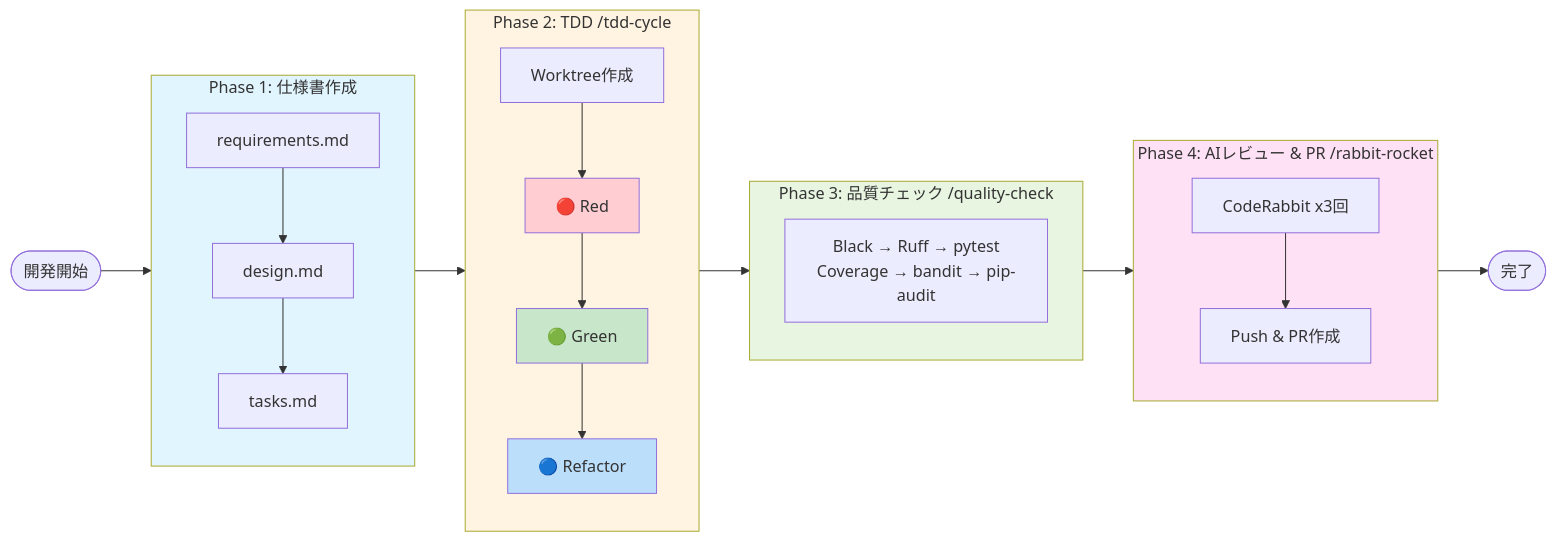
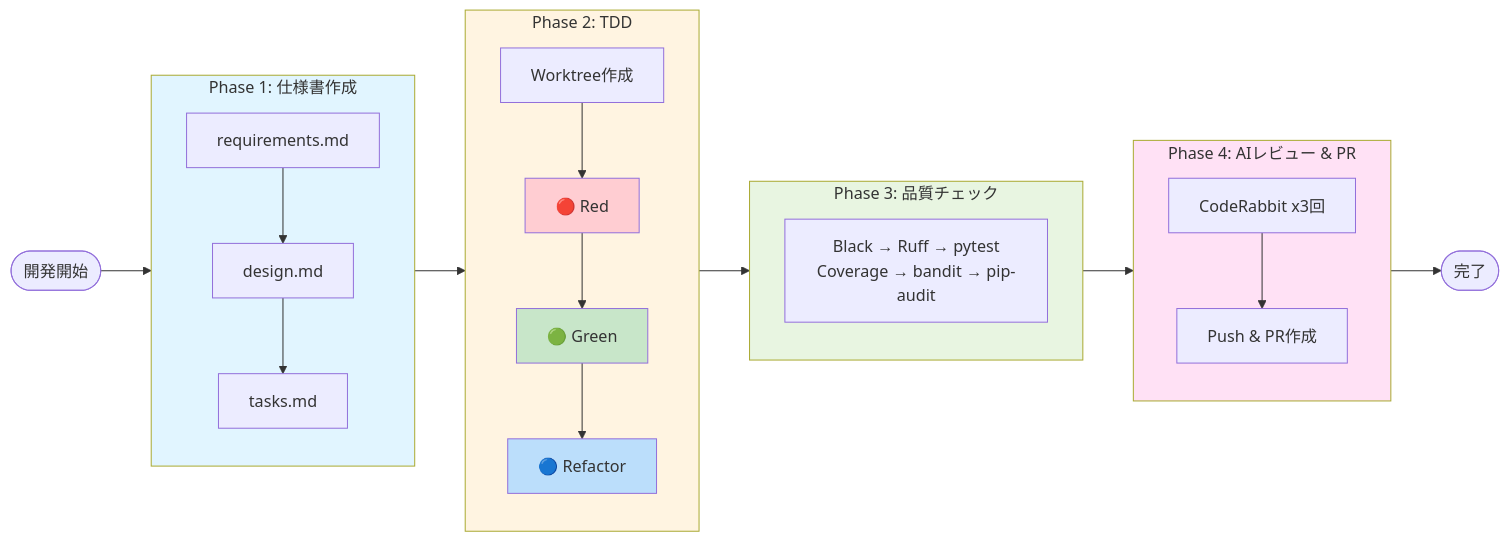
Before and after one commit to penpon/fairy: the first of 4 diagrams in workflow.md, drawn with Mermaid.

````diff
--- a/workflow.md
+++ b/workflow.md
@@ -5,40 +5,40 @@
 ```mermaid
 flowchart LR
     Start([開発開始]) --> P1
 
     subgraph P1[Phase 1: 仕様書作成]
         direction TB
         Req[requirements.md] --> Design[design.md] --> Tasks[tasks.md]
     end
 
     P1 --> P2
 
-    subgraph P2[Phase 2: TDD /tdd-cycle]
+    subgraph P2[Phase 2: TDD]
         direction TB
         Worktree[Worktree作成] --> Red[🔴 Red] --> Green[🟢 Green] --> Refactor[🔵 Refactor]
     end
 
     P2 --> P3
 
-    subgraph P3[Phase 3: 品質チェック /quality-check]
+    subgraph P3[Phase 3: 品質チェック]
         direction TB
         QC[Black → Ruff → pytest<br/>Coverage → bandit → pip-audit]
     end
 
     P3 --> P4
 
-    subgraph P4[Phase 4: AIレビュー & PR /rabbit-rocket]
+    subgraph P4[Phase 4: AIレビュー & PR]
         direction TB
         CR[CodeRabbit x3回] --> Push[Push & PR作成]
     end
 
     P4 --> End([完了])
 
     style P1 fill:#e1f5ff
     style P2 fill:#fff4e1
     style P3 fill:#e8f5e1
     style P4 fill:#ffe1f5
     style Red fill:#ffcdd2
     style Green fill:#c8e6c9
     style Refactor fill:#bbdefb
 ```
````
